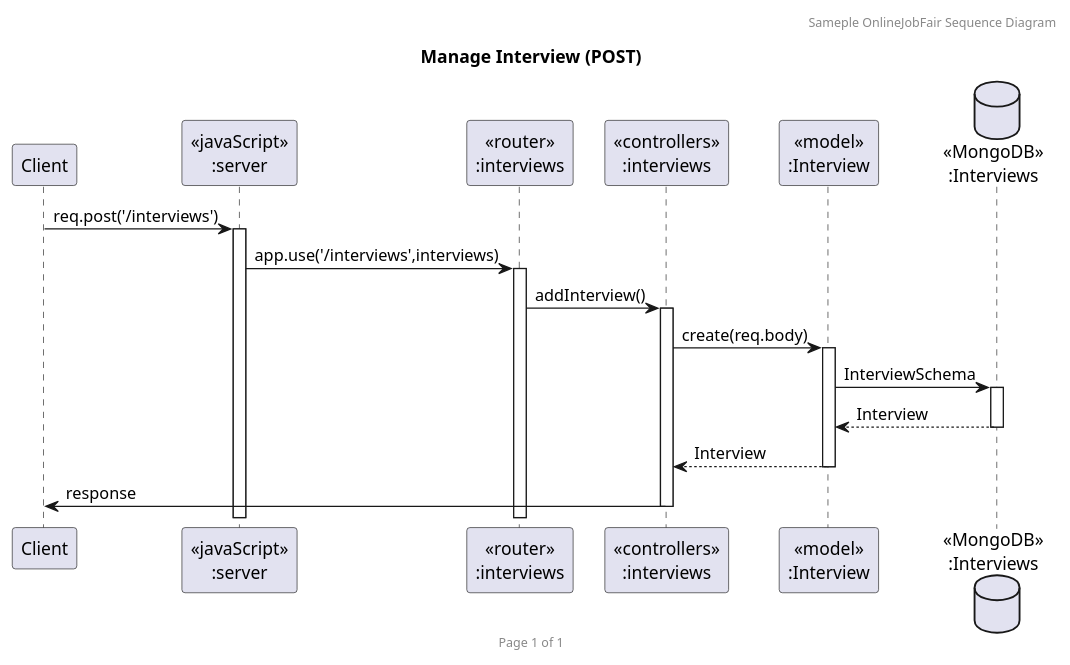
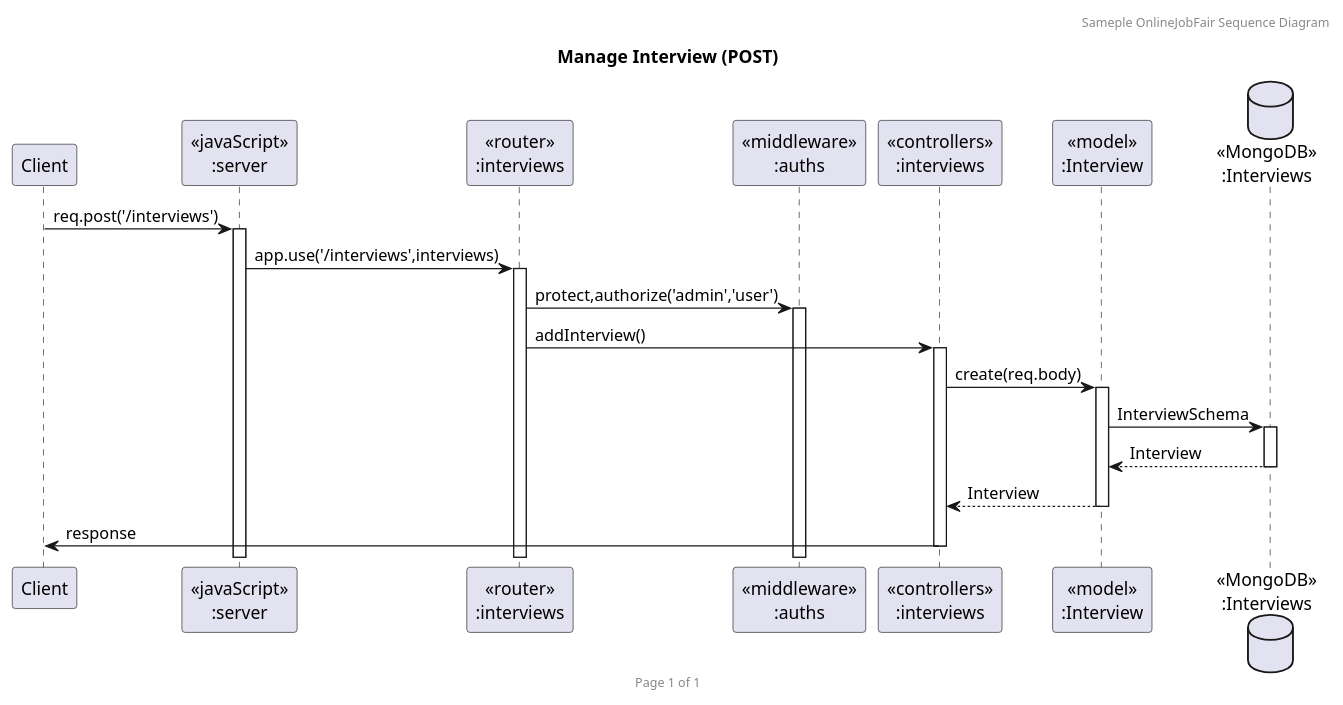
One commit to 2110503TACEDT66/presentation-day-1-madumeawteehongraomai changed the diagram in plantuml/postinter.puml. Above: the diagram before and after it, drawn with PlantUML. The commit also changed 29 other files, not shown here.

```diff
--- a/plantuml/postinter.puml
+++ b/plantuml/postinter.puml
@@ -1,23 +1,25 @@
 @startuml Manage Interview (GET)
 
 header Sameple OnlineJobFair Sequence Diagram
 footer Page %page% of %lastpage%
 title "Manage Interview (POST)"
 
 participant "Client" as client
 participant "<<javaScript>>\n:server" as server
 participant "<<router>>\n:interviews" as routerHospitals
+participant "<<middleware>>\n:auths" as auth
 participant "<<controllers>>\n:interviews" as controllersHospitals
 participant "<<model>>\n:Interview" as modelHospital
 database "<<MongoDB>>\n:Interviews" as HospitalsDatabase
 
 client->server ++:req.post('/interviews')
 server->routerHospitals ++:app.use('/interviews',interviews)
+routerHospitals-> auth ++:protect,authorize('admin','user')
 routerHospitals -> controllersHospitals ++:addInterview()
 controllersHospitals->modelHospital ++:create(req.body)
 modelHospital ->HospitalsDatabase ++: InterviewSchema
 HospitalsDatabase --> modelHospital --: Interview
 controllersHospitals <-- modelHospital --:Interview
 controllersHospitals->client --:response
 
 @enduml
```
